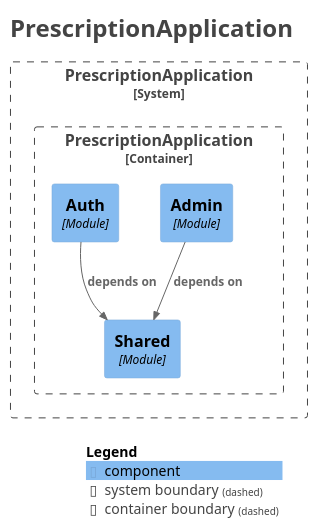
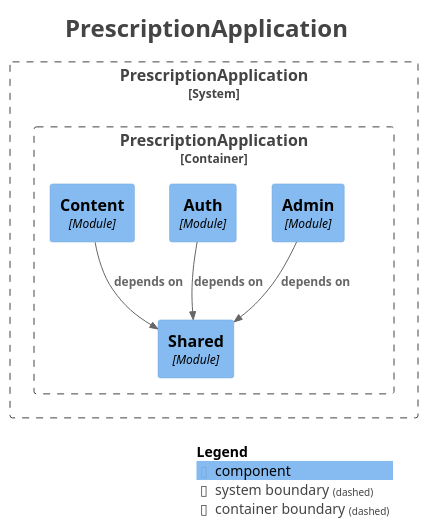
Before and after one commit to Losdreyfedus/doping-prescription: the diagram in docs/moduller/components.puml, drawn with PlantUML. The commit also changed 7 other files, not shown here.

```diff
--- a/docs/moduller/components.puml
+++ b/docs/moduller/components.puml
@@ -1,32 +1,34 @@
 @startuml
 title <size:24>PrescriptionApplication</size>
 
 set separator none
 top to bottom direction
 
 <style>
   root {
     BackgroundColor: #ffffff
     FontColor: #444444
   }
 </style>
 
 !include <C4/C4>
 !include <C4/C4_Context>
 !include <C4/C4_Component>
 
 System_Boundary("PrescriptionApplication_boundary", "PrescriptionApplication", $tags="") {
   Container_Boundary("PrescriptionApplication.PrescriptionApplication_boundary", "PrescriptionApplication", $tags="") {
     Component(PrescriptionApplication.PrescriptionApplication.Admin, "Admin", $techn="Module", $descr="", $tags="", $link="")
     Component(PrescriptionApplication.PrescriptionApplication.Auth, "Auth", $techn="Module", $descr="", $tags="", $link="")
+    Component(PrescriptionApplication.PrescriptionApplication.Content, "Content", $techn="Module", $descr="", $tags="", $link="")
     Component(PrescriptionApplication.PrescriptionApplication.Shared, "Shared", $techn="Module", $descr="", $tags="", $link="")
   }
 
 }
 
+Rel(PrescriptionApplication.PrescriptionApplication.Admin, PrescriptionApplication.PrescriptionApplication.Shared, "depends on", $techn="", $tags="", $link="")
+Rel(PrescriptionApplication.PrescriptionApplication.Content, PrescriptionApplication.PrescriptionApplication.Shared, "depends on", $techn="", $tags="", $link="")
 Rel(PrescriptionApplication.PrescriptionApplication.Auth, PrescriptionApplication.PrescriptionApplication.Shared, "depends on", $techn="", $tags="", $link="")
-Rel(PrescriptionApplication.PrescriptionApplication.Admin, PrescriptionApplication.PrescriptionApplication.Shared, "depends on", $techn="", $tags="", $link="")
 
 SHOW_LEGEND(true)
 hide stereotypes
 @enduml
```
